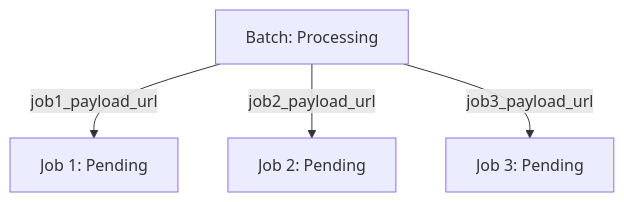
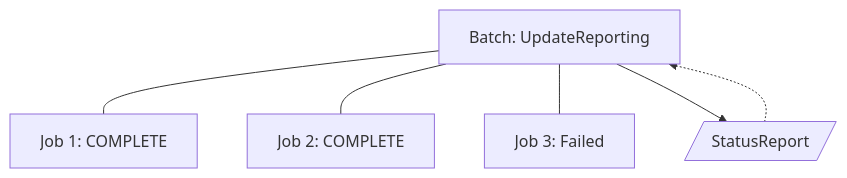
Diagram 46 of 48 in design/use-cases.md (CDLUC3/mrt-zk), drawn with Mermaid before and after one commit. The commit also changed other lines of this file, not shown here.

Commit message:
mermaid diagrams

````diff
--- a/design/use-cases.md
+++ b/design/use-cases.md
@@ -448,10 +608,14 @@
 ```mermaid
 graph TD
-  Batch[Batch: Processing]
-  Job1[Job 1: Pending]
-  Job2[Job 2: Pending]
-  Job3[Job 3: Pending]
-  Batch --> |job1_payload_url| Job1
-  Batch --> |job2_payload_url| Job2
-  Batch --> |job3_payload_url| Job3
+  accTitle: 'Batch(UpdateReporting) has 3 Jobs (Complete, Complete, Failed)'
+  Batch[Batch: UpdateReporting]
+  Job1[Job 1: COMPLETE]
+  Job2[Job 2: COMPLETE]
+  Job3[Job 3: Failed]
+  Batch --- Job1
+  Batch --- Job2
+  Batch --- Job3
+  StatusReport[/StatusReport/]
+  Batch --> StatusReport
+  StatusReport -.-> Batch
 ```
````
